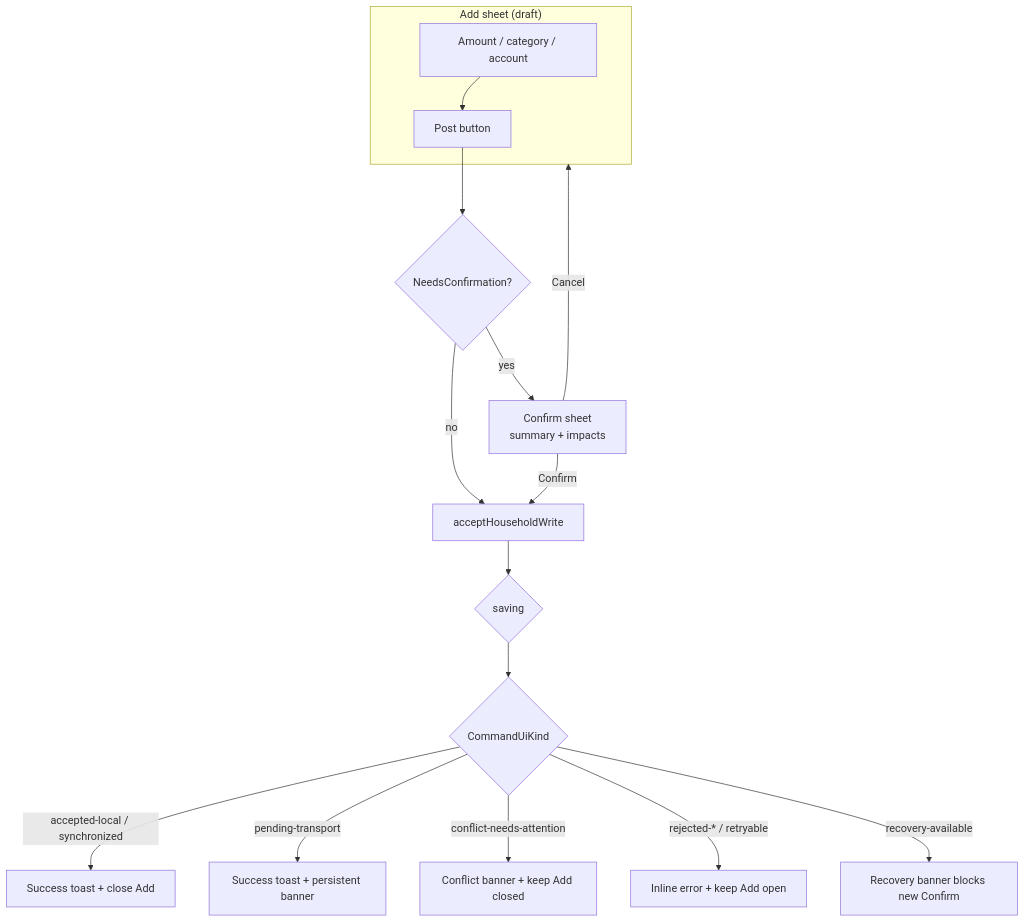
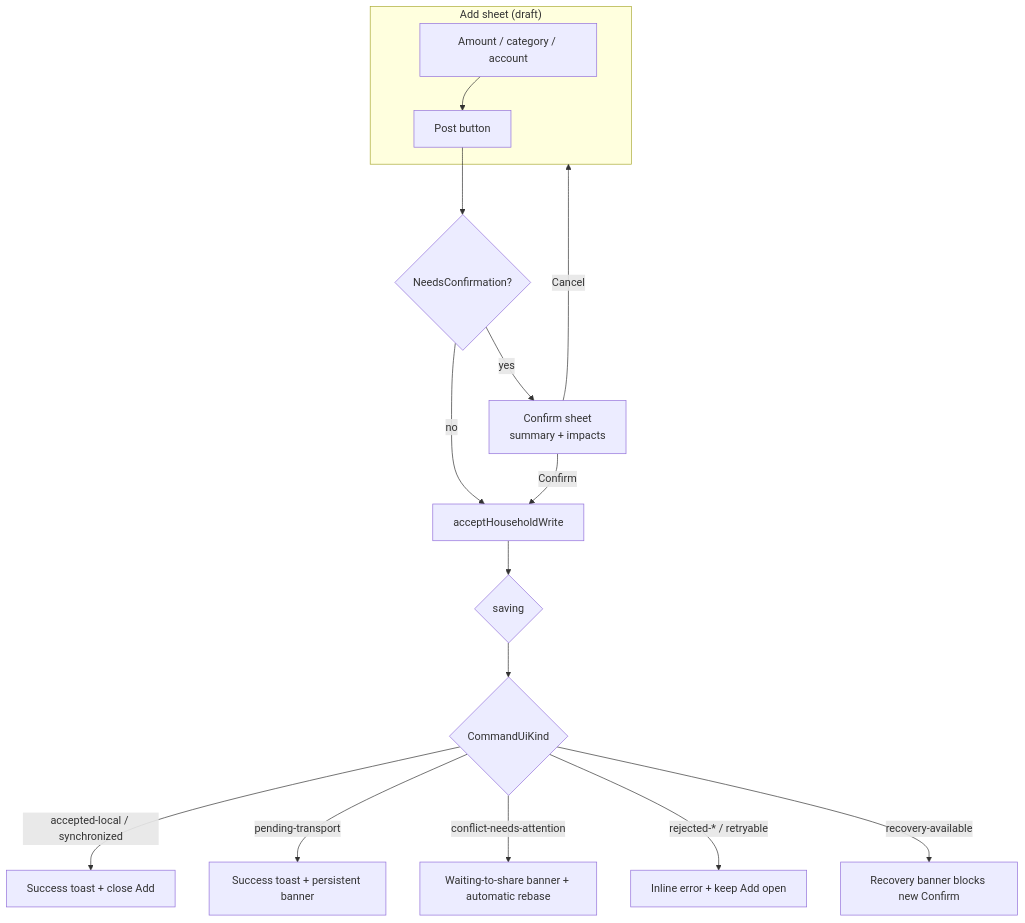
Before and after one commit to jonathanbeaulne123-blip/dual-ai-budget-app: the second of 4 diagrams in docs/CLAUDE_COMMAND_STATES_UX.md, drawn with Mermaid. The commit also changed other lines of this file and 28 other files, not shown here.

````diff
--- a/docs/CLAUDE_COMMAND_STATES_UX.md
+++ b/docs/CLAUDE_COMMAND_STATES_UX.md
@@ -245,18 +247,18 @@
 ```mermaid
 flowchart TD
   subgraph Add["Add sheet (draft)"]
     A1[Amount / category / account] --> A2[Post button]
   end
   A2 --> C{NeedsConfirmation?}
   C -->|yes| CF[Confirm sheet\nsummary + impacts]
   C -->|no| RUN[acceptHouseholdWrite]
   CF -->|Confirm| RUN
   CF -->|Cancel| Add
   RUN --> S{saving}
   S --> O{CommandUiKind}
   O -->|accepted-local / synchronized| T[Success toast + close Add]
   O -->|pending-transport| T2[Success toast + persistent banner]
-  O -->|conflict-needs-attention| B[Conflict banner + keep Add closed]
+  O -->|conflict-needs-attention| B[Waiting-to-share banner + automatic rebase]
   O -->|rejected-* / retryable| E[Inline error + keep Add open]
   O -->|recovery-available| R[Recovery banner blocks new Confirm]
 ```
````
